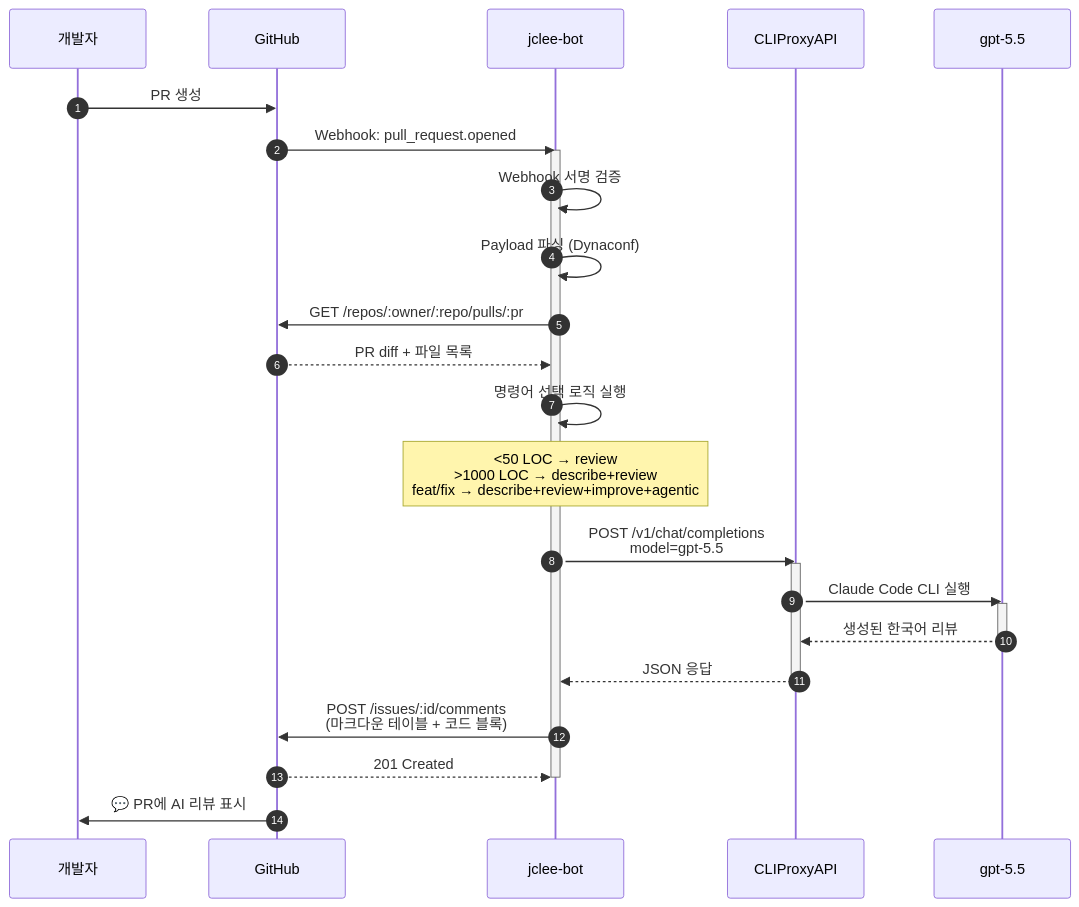
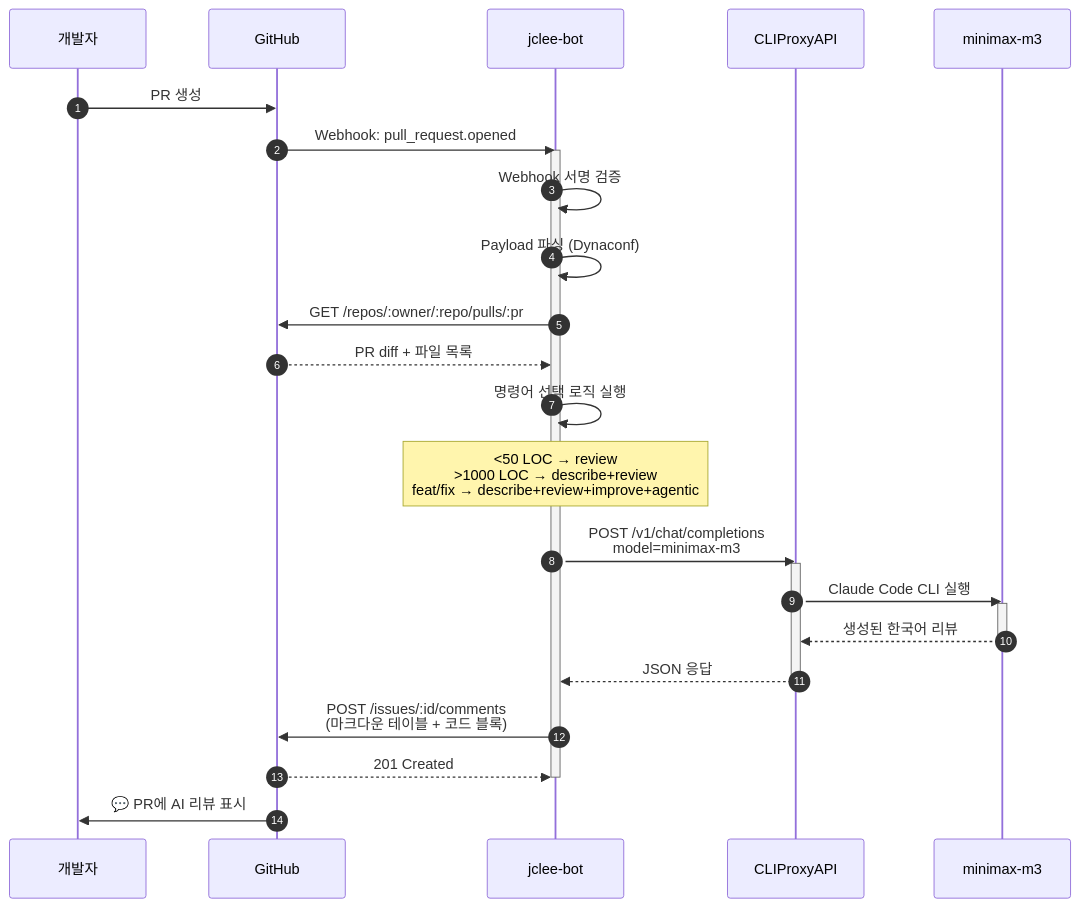
The third of 9 diagrams in docs/architecture.md (jclee941/.github), drawn with Mermaid before and after one commit. The commit also changed other lines of this file and 4 other files, not shown here.

First line of the commit message:
docs: reflect minimax-m3 primary, gpt-5.5 fallback

````diff
--- a/docs/architecture.md
+++ b/docs/architecture.md
@@ -127,37 +127,37 @@
 ```mermaid
 sequenceDiagram
     autonumber
     participant Dev as 개발자
     participant GH as GitHub
     participant Bot as jclee-bot
     participant Proxy as CLIProxyAPI
-    participant LLM as gpt-5.5
+    participant LLM as minimax-m3
 
     Dev->>GH: PR 생성
     GH->>Bot: Webhook: pull_request.opened
     
     activate Bot
     Bot->>Bot: Webhook 서명 검증
     Bot->>Bot: Payload 파싱 (Dynaconf)
     
     Bot->>GH: GET /repos/:owner/:repo/pulls/:pr
     GH-->>Bot: PR diff + 파일 목록
     
     Bot->>Bot: 명령어 선택 로직 실행
     Note over Bot: <50 LOC → review<br/>>1000 LOC → describe+review<br/>feat/fix → describe+review+improve+agentic
     
-    Bot->>Proxy: POST /v1/chat/completions<br/>model=gpt-5.5
+    Bot->>Proxy: POST /v1/chat/completions<br/>model=minimax-m3
     activate Proxy
     Proxy->>LLM: Claude Code CLI 실행
     activate LLM
     LLM-->>Proxy: 생성된 한국어 리뷰
     deactivate LLM
     Proxy-->>Bot: JSON 응답
     deactivate Proxy
     
     Bot->>GH: POST /issues/:id/comments<br/>(마크다운 테이블 + 코드 블록)
     GH-->>Bot: 201 Created
     deactivate Bot
     
     GH->>Dev: 💬 PR에 AI 리뷰 표시
 ```
````
